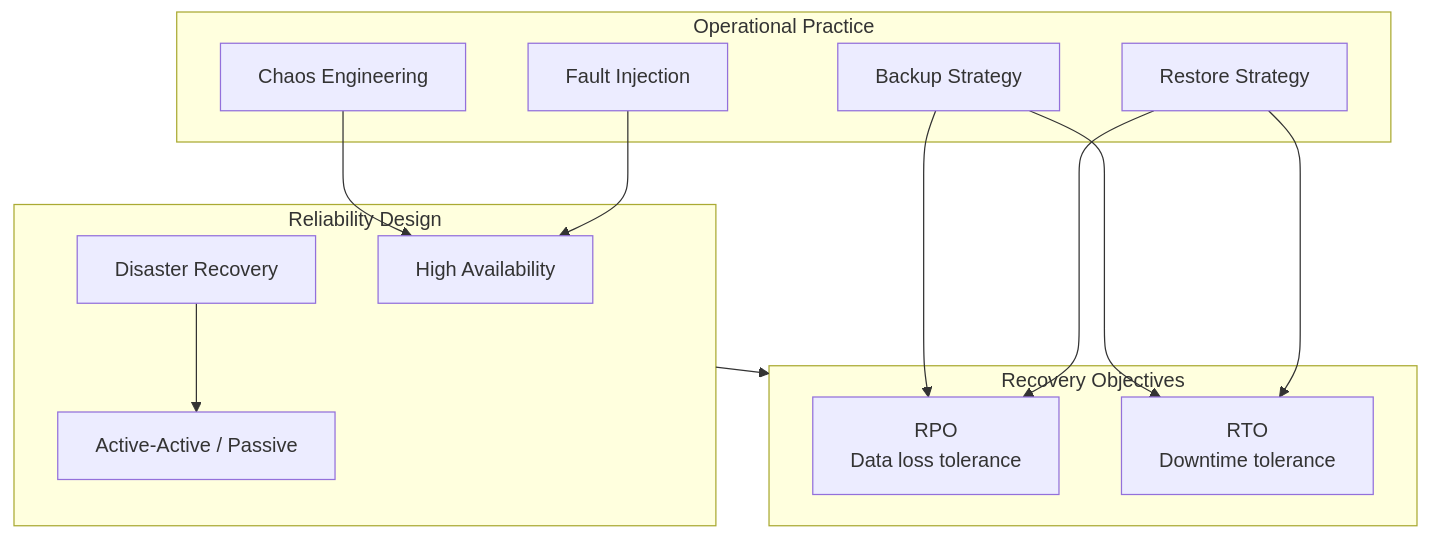
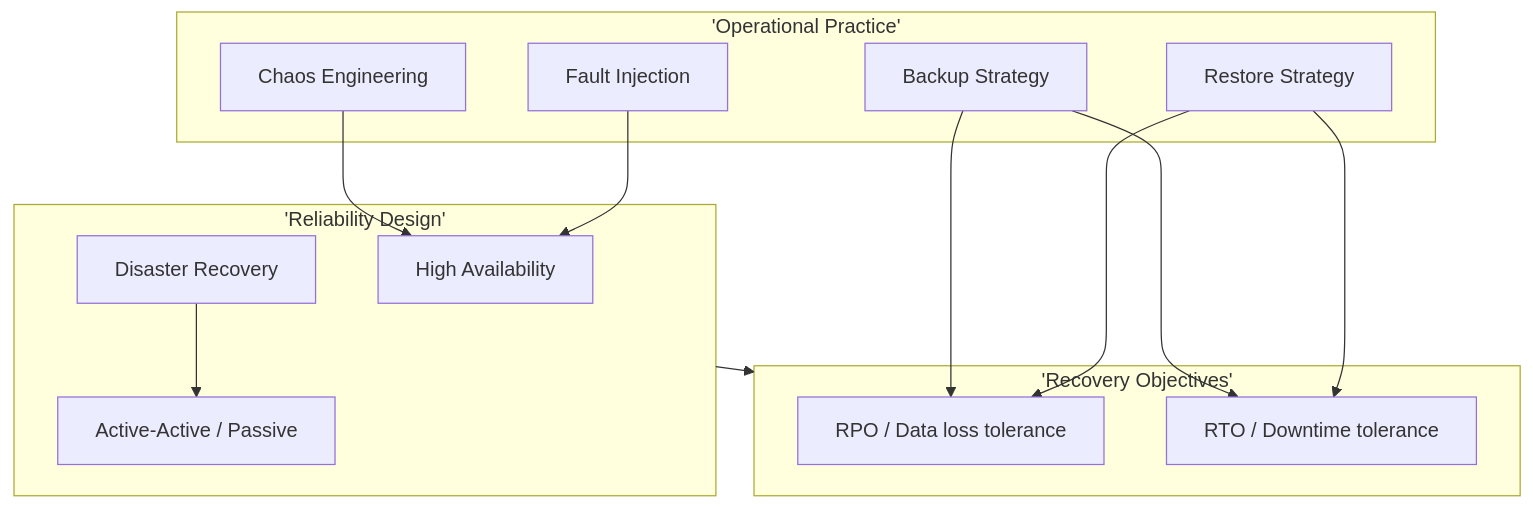
One commit to hareramcse/SystemDesign changed the first of 21 diagrams in 12-reliability-engineering/README.md. Above: the diagram before and after it, drawn with Mermaid. The commit also changed other lines of this file and 14 other files, not shown here.

````diff
--- a/12-reliability-engineering/README.md
+++ b/12-reliability-engineering/README.md
@@ -34,25 +34,25 @@
 ```mermaid
 flowchart TB
-    subgraph Design["Reliability Design"]
+    subgraph Design['Reliability Design']
         HA[High Availability]
         AA[Active-Active / Passive]
         DR[Disaster Recovery]
     end
 
-    subgraph Metrics["Recovery Objectives"]
-        RPO[RPO<br/>Data loss tolerance]
-        RTO[RTO<br/>Downtime tolerance]
+    subgraph Metrics['Recovery Objectives']
+        RPO[RPO / Data loss tolerance]
+        RTO[RTO / Downtime tolerance]
     end
 
-    subgraph Practice["Operational Practice"]
+    subgraph Practice['Operational Practice']
         BK[Backup Strategy]
         RS[Restore Strategy]
         CE[Chaos Engineering]
         FI[Fault Injection]
     end
 
     Design --> Metrics
     BK & RS --> RPO & RTO
     CE & FI --> HA
     DR --> AA
 ```
````
